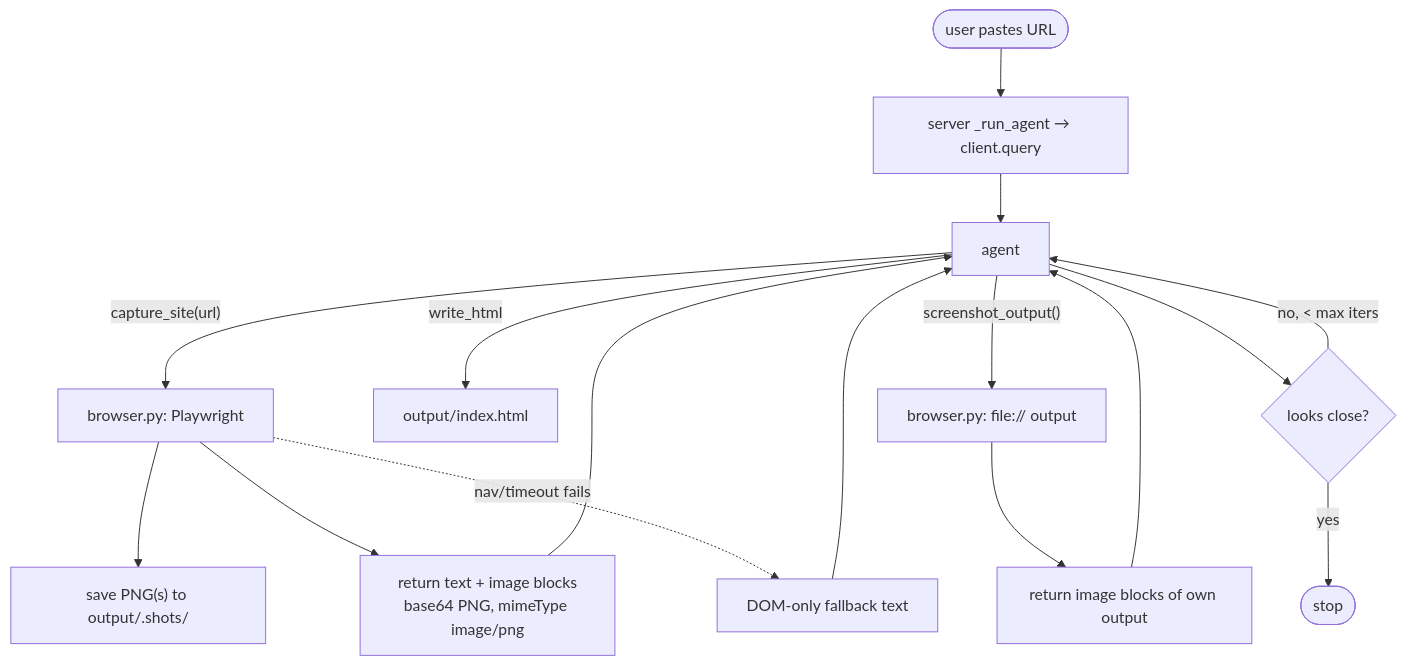
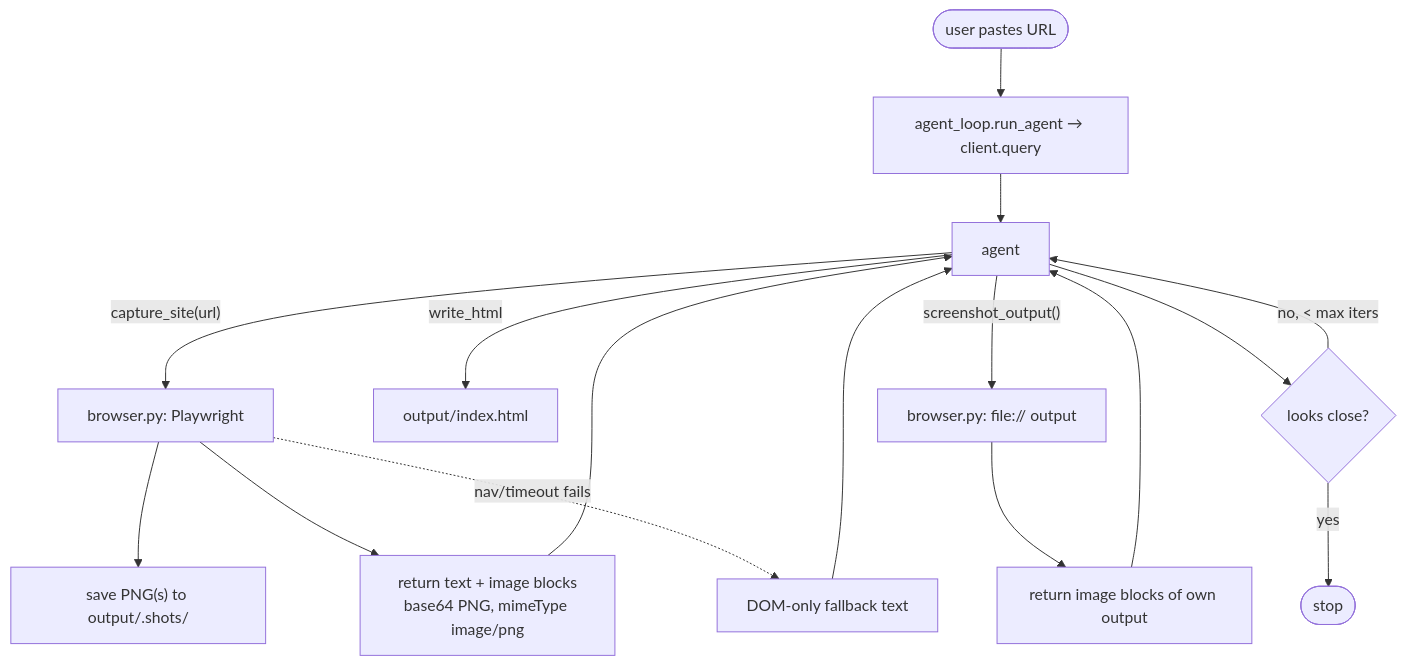
Before and after one commit to AndyUneducated/lumalabs: the diagram in docs/phase-1-visual-loop.md, drawn with Mermaid. The commit also changed other lines of this file and 46 other files, not shown here.

````diff
--- a/docs/phase-1-visual-loop.md
+++ b/docs/phase-1-visual-loop.md
@@ -15,18 +15,18 @@
 ```mermaid
 flowchart TD
-    U([user pastes URL]) --> Q["server _run_agent → client.query"]
+    U([user pastes URL]) --> Q["agent_loop.run_agent → client.query"]
     Q --> A[agent]
     A -->|"capture_site(url)"| CS["browser.py: Playwright"]
     CS --> PNG1["save PNG(s) to output/.shots/"]
     CS --> IMGB["return text + image blocks<br/>base64 PNG, mimeType image/png"]
     IMGB --> A
     A -->|"write_html"| OUT["output/index.html"]
     A -->|"screenshot_output()"| SO["browser.py: file:// output"]
     SO --> IMGB2[return image blocks of own output]
     IMGB2 --> A
     A --> CMP{looks close?}
     CMP -- "no, < max iters" --> A
     CMP -- yes --> DONE([stop])
     CS -. "nav/timeout fails" .-> FB[DOM-only fallback text]
     FB --> A
 ```
````
